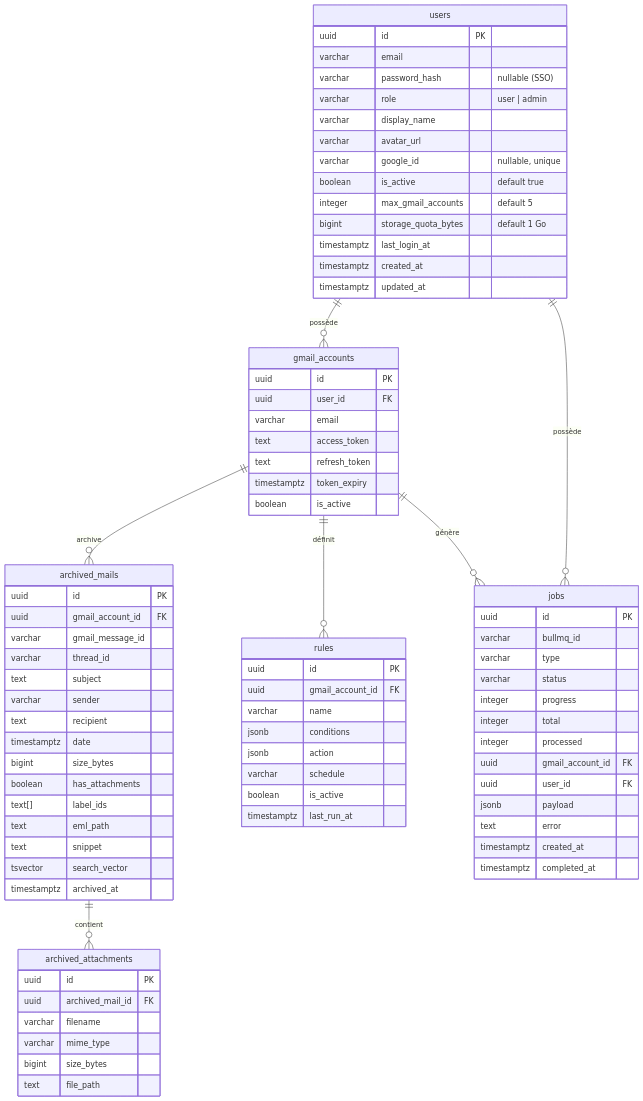
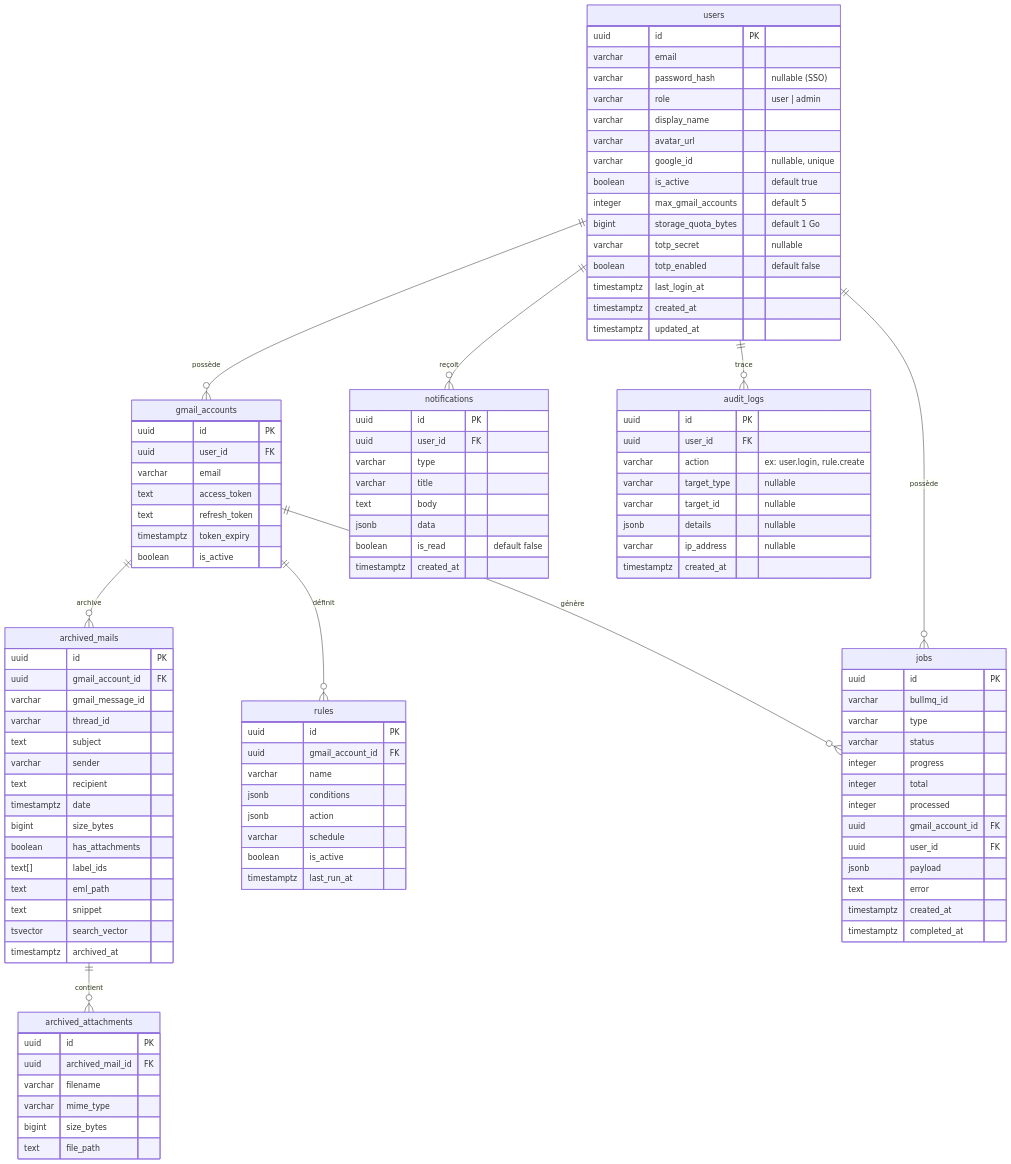
The diagram in docs/architecture/database.md (Le-Nid/nid), drawn with Mermaid before and after one commit. The commit also changed other lines of this file and 57 other files, not shown here.

````diff
--- a/docs/architecture/database.md
+++ b/docs/architecture/database.md
@@ -15,6 +15,8 @@
         boolean is_active "default true"
         integer max_gmail_accounts "default 5"
         bigint storage_quota_bytes "default 1 Go"
+        varchar totp_secret "nullable"
+        boolean totp_enabled "default false"
         timestamptz last_login_at
         timestamptz created_at
         timestamptz updated_at
@@ -90,4 +92,28 @@
     gmail_accounts ||--o{ rules : "définit"
     gmail_accounts ||--o{ jobs : "génère"
     users ||--o{ jobs : "possède"
+    users ||--o{ notifications : "reçoit"
+    users ||--o{ audit_logs : "trace"
+
+    notifications {
+        uuid id PK
+        uuid user_id FK
+        varchar type
+        varchar title
+        text body
+        jsonb data
+        boolean is_read "default false"
+        timestamptz created_at
+    }
+
+    audit_logs {
+        uuid id PK
+        uuid user_id FK
+        varchar action "ex: user.login, rule.create"
+        varchar target_type "nullable"
+        varchar target_id "nullable"
+        jsonb details "nullable"
+        varchar ip_address "nullable"
+        timestamptz created_at
+    }
 ```
````
